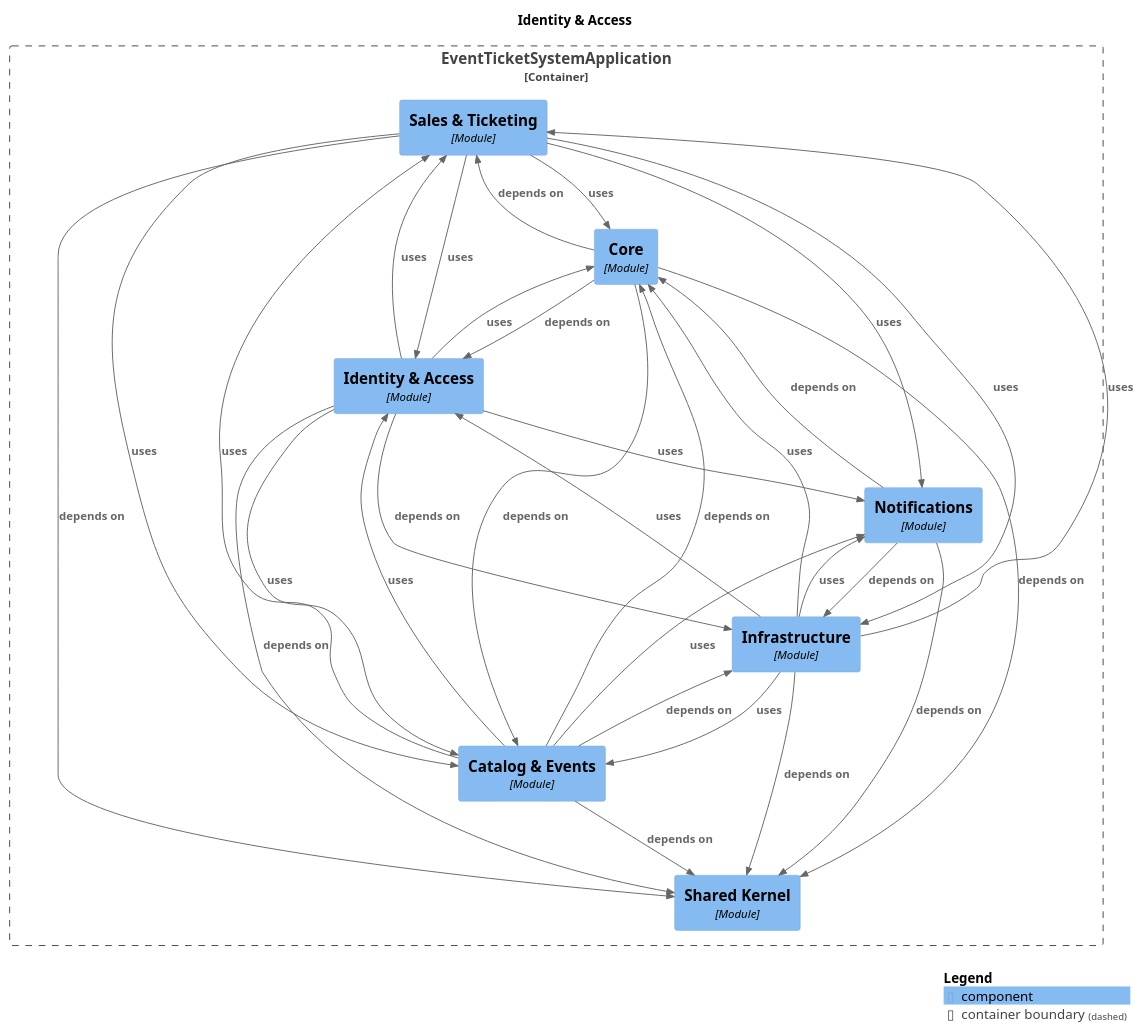
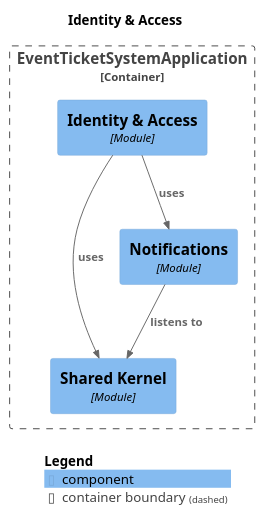
Before and after one commit to NaimElijah/Ticketeer: the diagram in docs/architecture/module-identity.puml, drawn with PlantUML. The commit also changed 566 other files, not shown here.

```diff
--- a/docs/architecture/module-identity.puml
+++ b/docs/architecture/module-identity.puml
@@ -1,54 +1,22 @@
 @startuml
 set separator none
 title Identity & Access
 
 top to bottom direction
 
 !include <C4/C4>
 !include <C4/C4_Context>
 !include <C4/C4_Component>
 
 Container_Boundary("EventTicketSystemApplication.EventTicketSystemApplication_boundary", "EventTicketSystemApplication", $tags="") {
-  Component(EventTicketSystemApplication.EventTicketSystemApplication.SalesTicketing, "Sales & Ticketing", $techn="Module", $descr="", $tags="", $link="")
   Component(EventTicketSystemApplication.EventTicketSystemApplication.SharedKernel, "Shared Kernel", $techn="Module", $descr="", $tags="", $link="")
-  Component(EventTicketSystemApplication.EventTicketSystemApplication.Core, "Core", $techn="Module", $descr="", $tags="", $link="")
-  Component(EventTicketSystemApplication.EventTicketSystemApplication.Infrastructure, "Infrastructure", $techn="Module", $descr="", $tags="", $link="")
-  Component(EventTicketSystemApplication.EventTicketSystemApplication.CatalogEvents, "Catalog & Events", $techn="Module", $descr="", $tags="", $link="")
+  Component(EventTicketSystemApplication.EventTicketSystemApplication.Notifications, "Notifications", $techn="Module", $descr="", $tags="", $link="")
   Component(EventTicketSystemApplication.EventTicketSystemApplication.IdentityAccess, "Identity & Access", $techn="Module", $descr="", $tags="", $link="")
-  Component(EventTicketSystemApplication.EventTicketSystemApplication.Notifications, "Notifications", $techn="Module", $descr="", $tags="", $link="")
 }
 
-Rel(EventTicketSystemApplication.EventTicketSystemApplication.SalesTicketing, EventTicketSystemApplication.EventTicketSystemApplication.CatalogEvents, "uses", $techn="", $tags="", $link="")
-Rel(EventTicketSystemApplication.EventTicketSystemApplication.SalesTicketing, EventTicketSystemApplication.EventTicketSystemApplication.Notifications, "uses", $techn="", $tags="", $link="")
-Rel(EventTicketSystemApplication.EventTicketSystemApplication.SalesTicketing, EventTicketSystemApplication.EventTicketSystemApplication.IdentityAccess, "uses", $techn="", $tags="", $link="")
-Rel(EventTicketSystemApplication.EventTicketSystemApplication.SalesTicketing, EventTicketSystemApplication.EventTicketSystemApplication.Core, "uses", $techn="", $tags="", $link="")
-Rel(EventTicketSystemApplication.EventTicketSystemApplication.IdentityAccess, EventTicketSystemApplication.EventTicketSystemApplication.SharedKernel, "depends on", $techn="", $tags="", $link="")
-Rel(EventTicketSystemApplication.EventTicketSystemApplication.IdentityAccess, EventTicketSystemApplication.EventTicketSystemApplication.Infrastructure, "depends on", $techn="", $tags="", $link="")
-Rel(EventTicketSystemApplication.EventTicketSystemApplication.IdentityAccess, EventTicketSystemApplication.EventTicketSystemApplication.SalesTicketing, "uses", $techn="", $tags="", $link="")
 Rel(EventTicketSystemApplication.EventTicketSystemApplication.IdentityAccess, EventTicketSystemApplication.EventTicketSystemApplication.Notifications, "uses", $techn="", $tags="", $link="")
-Rel(EventTicketSystemApplication.EventTicketSystemApplication.IdentityAccess, EventTicketSystemApplication.EventTicketSystemApplication.Core, "uses", $techn="", $tags="", $link="")
-Rel(EventTicketSystemApplication.EventTicketSystemApplication.IdentityAccess, EventTicketSystemApplication.EventTicketSystemApplication.CatalogEvents, "uses", $techn="", $tags="", $link="")
-Rel(EventTicketSystemApplication.EventTicketSystemApplication.Core, EventTicketSystemApplication.EventTicketSystemApplication.CatalogEvents, "depends on", $techn="", $tags="", $link="")
-Rel(EventTicketSystemApplication.EventTicketSystemApplication.Core, EventTicketSystemApplication.EventTicketSystemApplication.SalesTicketing, "depends on", $techn="", $tags="", $link="")
-Rel(EventTicketSystemApplication.EventTicketSystemApplication.Core, EventTicketSystemApplication.EventTicketSystemApplication.IdentityAccess, "depends on", $techn="", $tags="", $link="")
-Rel(EventTicketSystemApplication.EventTicketSystemApplication.Core, EventTicketSystemApplication.EventTicketSystemApplication.SharedKernel, "depends on", $techn="", $tags="", $link="")
-Rel(EventTicketSystemApplication.EventTicketSystemApplication.Notifications, EventTicketSystemApplication.EventTicketSystemApplication.Infrastructure, "depends on", $techn="", $tags="", $link="")
-Rel(EventTicketSystemApplication.EventTicketSystemApplication.Notifications, EventTicketSystemApplication.EventTicketSystemApplication.SharedKernel, "depends on", $techn="", $tags="", $link="")
-Rel(EventTicketSystemApplication.EventTicketSystemApplication.Notifications, EventTicketSystemApplication.EventTicketSystemApplication.Core, "depends on", $techn="", $tags="", $link="")
-Rel(EventTicketSystemApplication.EventTicketSystemApplication.CatalogEvents, EventTicketSystemApplication.EventTicketSystemApplication.Core, "depends on", $techn="", $tags="", $link="")
-Rel(EventTicketSystemApplication.EventTicketSystemApplication.CatalogEvents, EventTicketSystemApplication.EventTicketSystemApplication.SharedKernel, "depends on", $techn="", $tags="", $link="")
-Rel(EventTicketSystemApplication.EventTicketSystemApplication.CatalogEvents, EventTicketSystemApplication.EventTicketSystemApplication.Infrastructure, "depends on", $techn="", $tags="", $link="")
-Rel(EventTicketSystemApplication.EventTicketSystemApplication.CatalogEvents, EventTicketSystemApplication.EventTicketSystemApplication.IdentityAccess, "uses", $techn="", $tags="", $link="")
-Rel(EventTicketSystemApplication.EventTicketSystemApplication.CatalogEvents, EventTicketSystemApplication.EventTicketSystemApplication.SalesTicketing, "uses", $techn="", $tags="", $link="")
-Rel(EventTicketSystemApplication.EventTicketSystemApplication.CatalogEvents, EventTicketSystemApplication.EventTicketSystemApplication.Notifications, "uses", $techn="", $tags="", $link="")
-Rel(EventTicketSystemApplication.EventTicketSystemApplication.Infrastructure, EventTicketSystemApplication.EventTicketSystemApplication.SharedKernel, "depends on", $techn="", $tags="", $link="")
-Rel(EventTicketSystemApplication.EventTicketSystemApplication.Infrastructure, EventTicketSystemApplication.EventTicketSystemApplication.SalesTicketing, "uses", $techn="", $tags="", $link="")
-Rel(EventTicketSystemApplication.EventTicketSystemApplication.Infrastructure, EventTicketSystemApplication.EventTicketSystemApplication.CatalogEvents, "uses", $techn="", $tags="", $link="")
-Rel(EventTicketSystemApplication.EventTicketSystemApplication.Infrastructure, EventTicketSystemApplication.EventTicketSystemApplication.Notifications, "uses", $techn="", $tags="", $link="")
-Rel(EventTicketSystemApplication.EventTicketSystemApplication.Infrastructure, EventTicketSystemApplication.EventTicketSystemApplication.IdentityAccess, "uses", $techn="", $tags="", $link="")
-Rel(EventTicketSystemApplication.EventTicketSystemApplication.Infrastructure, EventTicketSystemApplication.EventTicketSystemApplication.Core, "uses", $techn="", $tags="", $link="")
-Rel(EventTicketSystemApplication.EventTicketSystemApplication.SalesTicketing, EventTicketSystemApplication.EventTicketSystemApplication.SharedKernel, "depends on", $techn="", $tags="", $link="")
-Rel(EventTicketSystemApplication.EventTicketSystemApplication.SalesTicketing, EventTicketSystemApplication.EventTicketSystemApplication.Infrastructure, "uses", $techn="", $tags="", $link="")
+Rel(EventTicketSystemApplication.EventTicketSystemApplication.IdentityAccess, EventTicketSystemApplication.EventTicketSystemApplication.SharedKernel, "uses", $techn="", $tags="", $link="")
+Rel(EventTicketSystemApplication.EventTicketSystemApplication.Notifications, EventTicketSystemApplication.EventTicketSystemApplication.SharedKernel, "listens to", $techn="", $tags="", $link="")
 
 SHOW_LEGEND(true)
 @enduml
```
